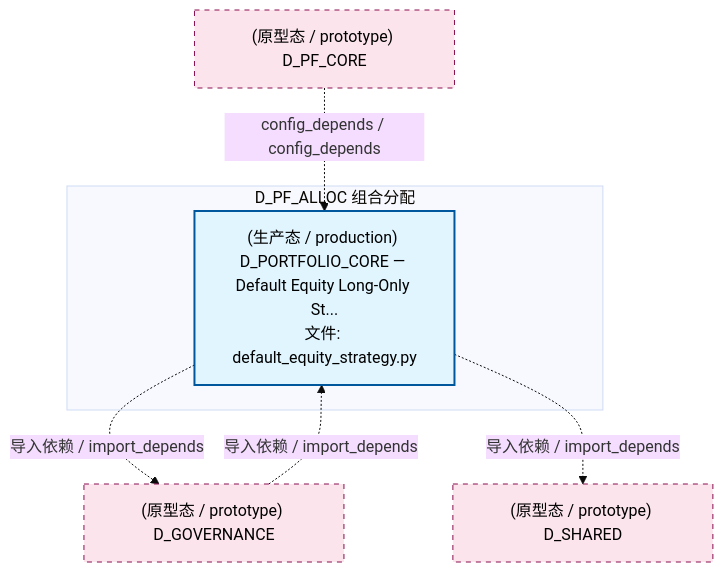
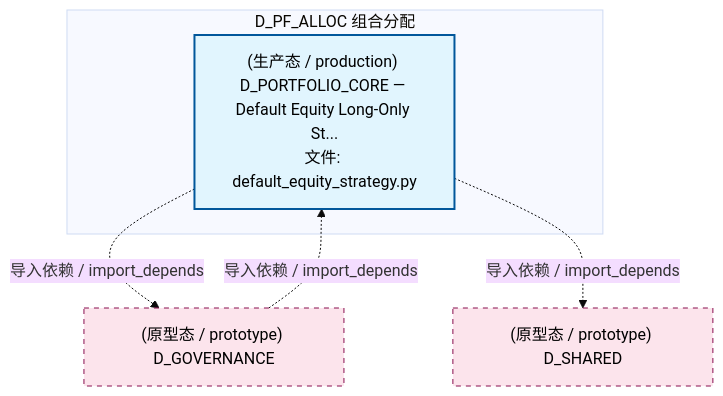
Before and after one commit to xuanFelixVan/ZephyrAlpha: the second of 5 diagrams in docs/02_enterprise_architecture/02_domain_architecture_docs/49_d_pf_alloc.md, drawn with Mermaid (base theme). The commit also changed other lines of this file and 112 other files, not shown here.

````diff
--- a/docs/02_enterprise_architecture/02_domain_architecture_docs/49_d_pf_alloc.md
+++ b/docs/02_enterprise_architecture/02_domain_architecture_docs/49_d_pf_alloc.md
@@ -105,19 +103,17 @@
 ```mermaid
 graph TD
     subgraph D_PF_ALLOC["D_PF_ALLOC 组合分配"]
         src_zephyr_pf_core_default_equity_strategy_py["(生产态 / production) D_PORTFOLIO_CORE — Default Equity Long-Only St...<br/>文件: default_equity_strategy.py"]
     end
     D_GOVERNANCE["(原型态 / prototype) D_GOVERNANCE"]
     src_zephyr_pf_core_default_equity_strategy_py -.->|导入依赖 / import_depends| D_GOVERNANCE
     D_SHARED["(原型态 / prototype) D_SHARED"]
     src_zephyr_pf_core_default_equity_strategy_py -.->|导入依赖 / import_depends| D_SHARED
     D_GOVERNANCE -.->|导入依赖 / import_depends| src_zephyr_pf_core_default_equity_strategy_py
-    D_PF_CORE["(原型态 / prototype) D_PF_CORE"]
-    D_PF_CORE -.->|config_depends / config_depends| src_zephyr_pf_core_default_equity_strategy_py
     classDef production fill:#e1f5fe,stroke:#01579b,stroke-width:2px,color:#000
     classDef design fill:#fff3e0,stroke:#e65100,stroke-width:2px,color:#000,stroke-dasharray: 5 5
     classDef external_prod fill:#e8f5e9,stroke:#1b5e20,stroke-width:1px,color:#000
     classDef external_design fill:#fce4ec,stroke:#880e4f,stroke-width:1px,color:#000,stroke-dasharray: 5 5
     class src_zephyr_pf_core_default_equity_strategy_py production
-    class D_GOVERNANCE,D_SHARED,D_PF_CORE external_design
+    class D_GOVERNANCE,D_SHARED external_design
 ```
````
